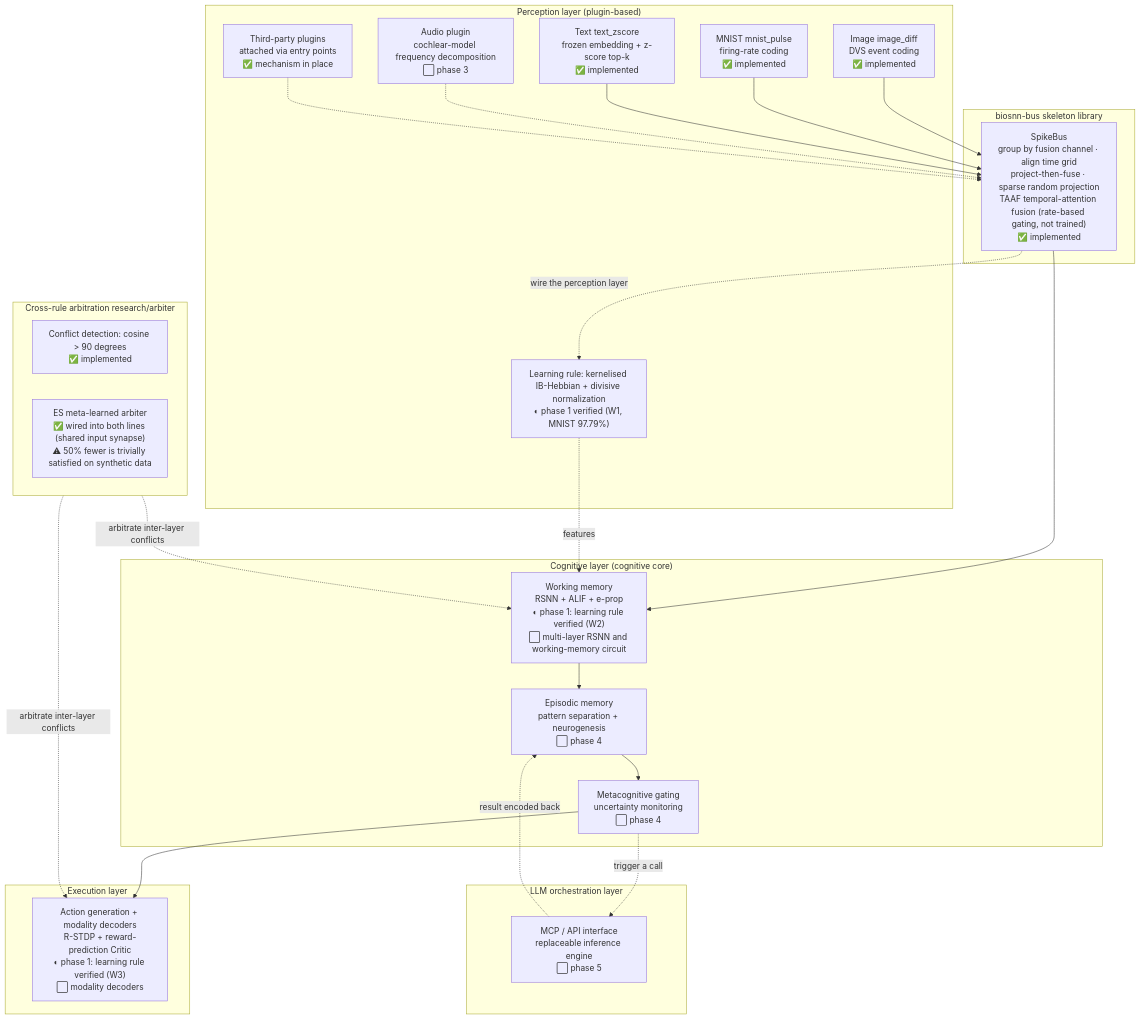
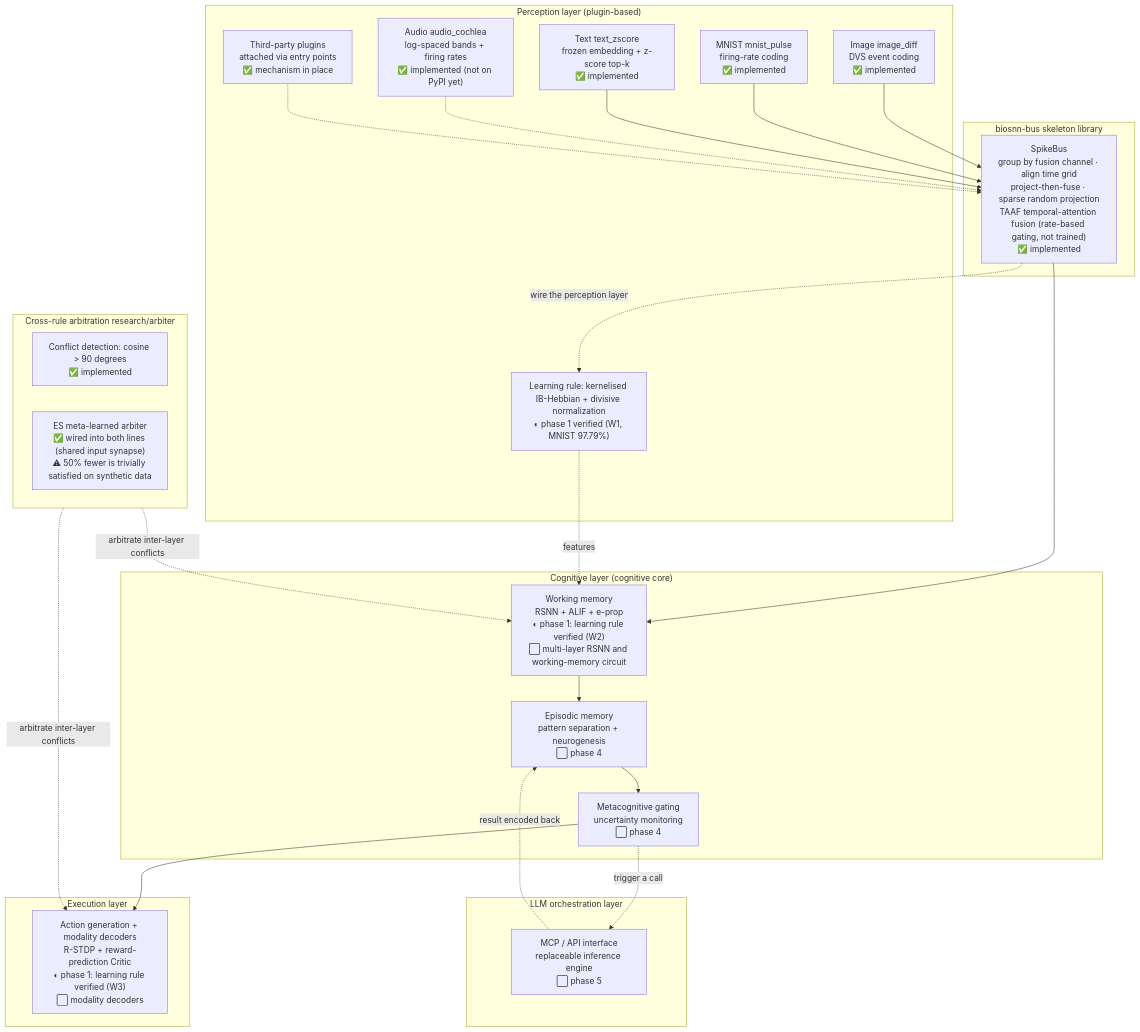
The diagram in README.en.md (lzmd-arch/BioSNN-Plug), drawn with Mermaid before and after one commit. The commit also changed other lines of this file and 11 other files, not shown here.

First line of the commit message:
biosnn-bus 0.3.0：新增音频插件 audio_cochlea（对数频带分解 + 发放率）

````diff
--- a/README.en.md
+++ b/README.en.md
@@ -103,50 +103,50 @@
 ```mermaid
 flowchart TB
     subgraph L5["LLM orchestration layer"]
         MCP["MCP / API interface<br/>replaceable inference engine<br/>⬜ phase 5"]
     end
 
     subgraph L4["Execution layer"]
         ACT["Action generation + modality decoders<br/>R-STDP + reward-prediction Critic<br/>◐ phase 1: learning rule verified (W3)<br/>⬜ modality decoders"]
     end
 
     subgraph L3["Cognitive layer (cognitive core)"]
         WM["Working memory<br/>RSNN + ALIF + e-prop<br/>◐ phase 1: learning rule verified (W2)<br/>⬜ multi-layer RSNN and working-memory circuit"]
         EM["Episodic memory<br/>pattern separation + neurogenesis<br/>⬜ phase 4"]
         MG["Metacognitive gating<br/>uncertainty monitoring<br/>⬜ phase 4"]
     end
 
     subgraph ARB["Cross-rule arbitration research/arbiter"]
         CF["Conflict detection: cosine > 90 degrees<br/>✅ implemented"]
         ES["ES meta-learned arbiter<br/>✅ wired into both lines (shared input synapse)<br/>⚠ 50% fewer is trivially satisfied on synthetic data"]
     end
 
     subgraph L2["biosnn-bus skeleton library"]
         BUS["SpikeBus<br/>group by fusion channel · align time grid<br/>project-then-fuse · sparse random projection<br/>TAAF temporal-attention fusion (rate-based gating, not trained)<br/>✅ implemented"]
     end
 
     subgraph L1["Perception layer (plugin-based)"]
         IMG["Image image_diff<br/>DVS event coding<br/>✅ implemented"]
         MN["MNIST mnist_pulse<br/>firing-rate coding<br/>✅ implemented"]
         TXT["Text text_zscore<br/>frozen embedding + z-score top-k<br/>✅ implemented"]
-        AUD["Audio plugin<br/>cochlear-model frequency decomposition<br/>⬜ phase 3"]
+        AUD["Audio audio_cochlea<br/>log-spaced bands + firing rates<br/>✅ implemented (not on PyPI yet)"]
         THIRD["Third-party plugins<br/>attached via entry points<br/>✅ mechanism in place"]
         HEB["Learning rule: kernelised IB-Hebbian + divisive normalization<br/>◐ phase 1 verified (W1, MNIST 97.79%)"]
     end
 
     IMG --> BUS
     MN --> BUS
     TXT --> BUS
     AUD -.-> BUS
     THIRD -.-> BUS
     BUS --> WM
     BUS -.->|wire the perception layer| HEB
     HEB -.->|features| WM
     WM --> EM
     EM --> MG
     MG --> ACT
     MG -.->|trigger a call| MCP
     MCP -.->|result encoded back| EM
     ARB -.->|arbitrate inter-layer conflicts| WM
     ARB -.->|arbitrate inter-layer conflicts| ACT
 ```
````
